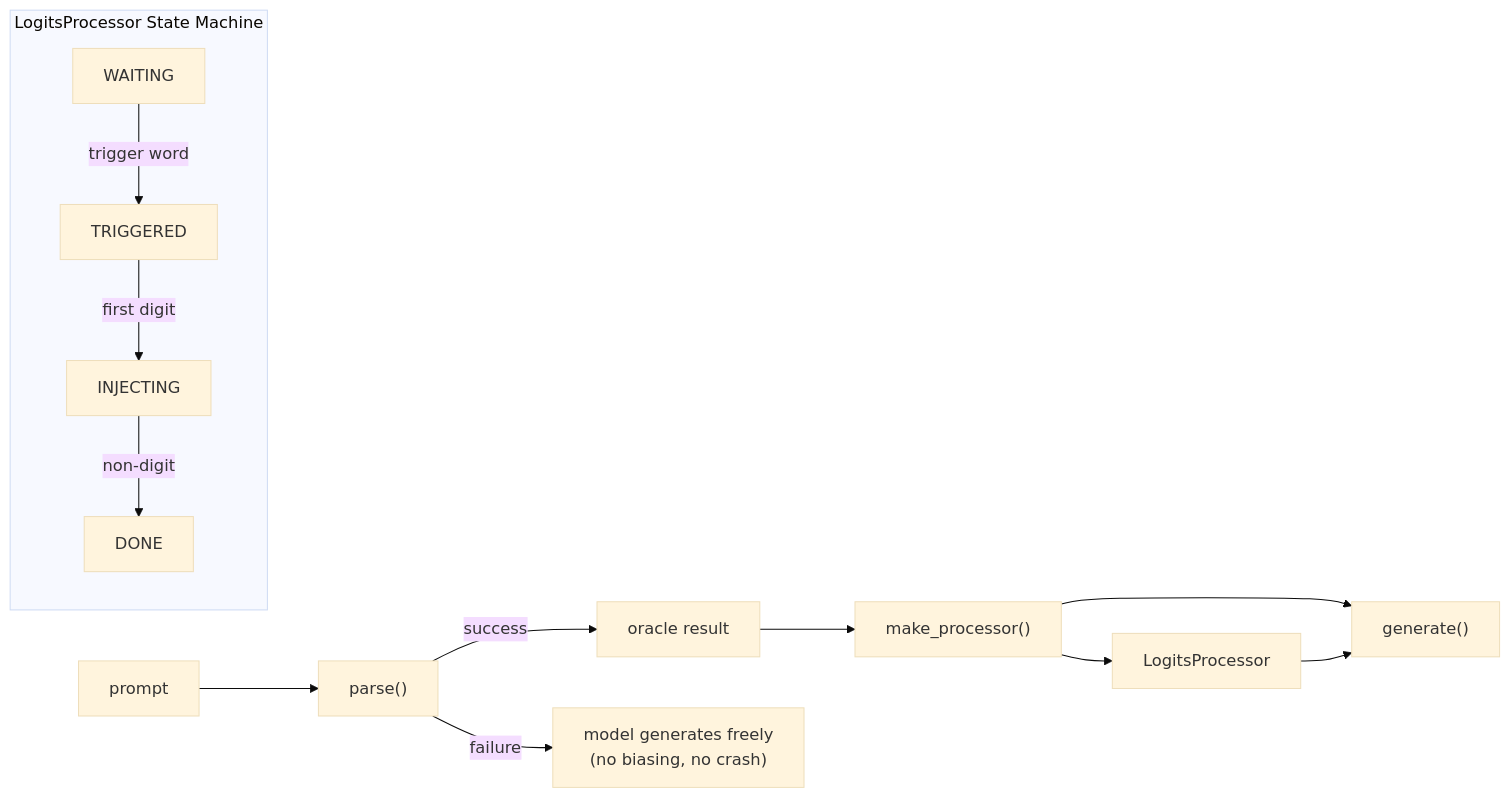
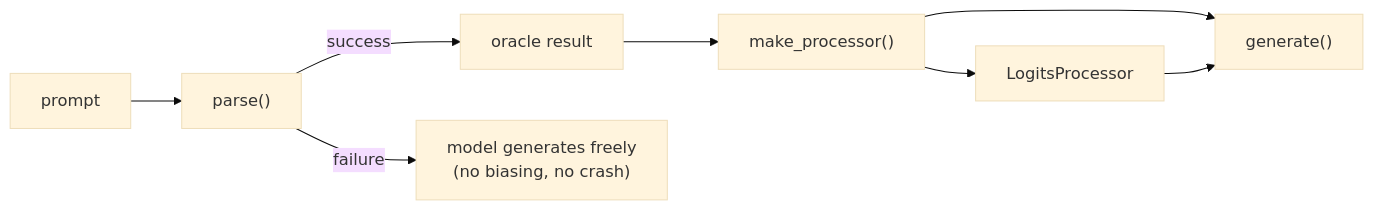
One commit to jdonaldson/turnstyle changed the first of 2 diagrams in README.md. Above: the diagram before and after it, drawn with Mermaid (base theme). The commit also changed other lines of this file, not shown here.

Commit message:
Split pipeline Mermaid diagram into two: data flow and state machine

````diff
--- a/README.md
+++ b/README.md
@@ -46,17 +46,10 @@
 ```mermaid
 flowchart LR
     prompt --> parse["parse()"]
     parse -->|success| oracle["oracle result"]
     oracle --> make["make_processor()"]
     make --> gen["generate()"]
     make --> lp["LogitsProcessor"]
     lp --> gen
     parse -->|failure| free["model generates freely<br/>(no biasing, no crash)"]
-
-    subgraph LogitsProcessor State Machine
-        direction TB
-        WAITING -->|trigger word| TRIGGERED
-        TRIGGERED -->|first digit| INJECTING
-        INJECTING -->|non-digit| DONE
-    end
 ```
````
